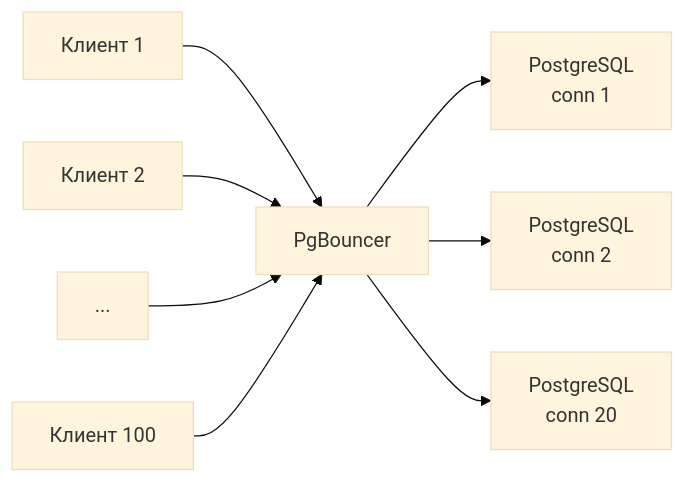
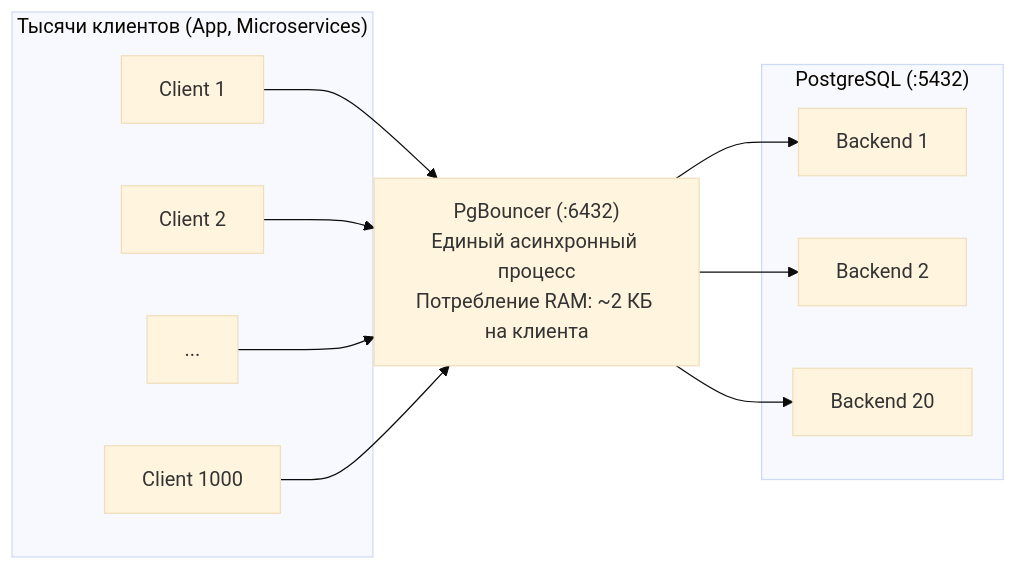
The fifth of 6 diagrams in lectures/lec_09/lec_09.md (sayr777/dba), drawn with Mermaid (base theme) before and after one commit. The commit also changed other lines of this file, not shown here.

````diff
--- a/lectures/lec_09/lec_09.md
+++ b/lectures/lec_09/lec_09.md
@@ -126,10 +379,26 @@
 ```mermaid
 flowchart LR
-    C1[Клиент 1] --> PB
-    C2[Клиент 2] --> PB
-    C3[...] --> PB
-    C100[Клиент 100] --> PB
-    PB[PgBouncer] --> P1[PostgreSQL\nconn 1]
-    PB --> P2[PostgreSQL\nconn 2]
-    PB --> P20[PostgreSQL\nconn 20]
+    subgraph Clients["Тысячи клиентов (App, Microservices)"]
+        C1[Client 1]
+        C2[Client 2]
+        C3[...]
+        C1000[Client 1000]
+    end
+
+    PGB["PgBouncer (:6432)<br/>Единый асинхронный процесс<br/>Потребление RAM: ~2 КБ на клиента"]
+
+    subgraph Postgres["PostgreSQL (:5432)"]
+        S1[Backend 1]
+        S2[Backend 2]
+        S20[Backend 20]
+    end
+
+    C1 --> PGB
+    C2 --> PGB
+    C3 --> PGB
+    C1000 --> PGB
+
+    PGB --> S1
+    PGB --> S2
+    PGB --> S20
 ```
````
